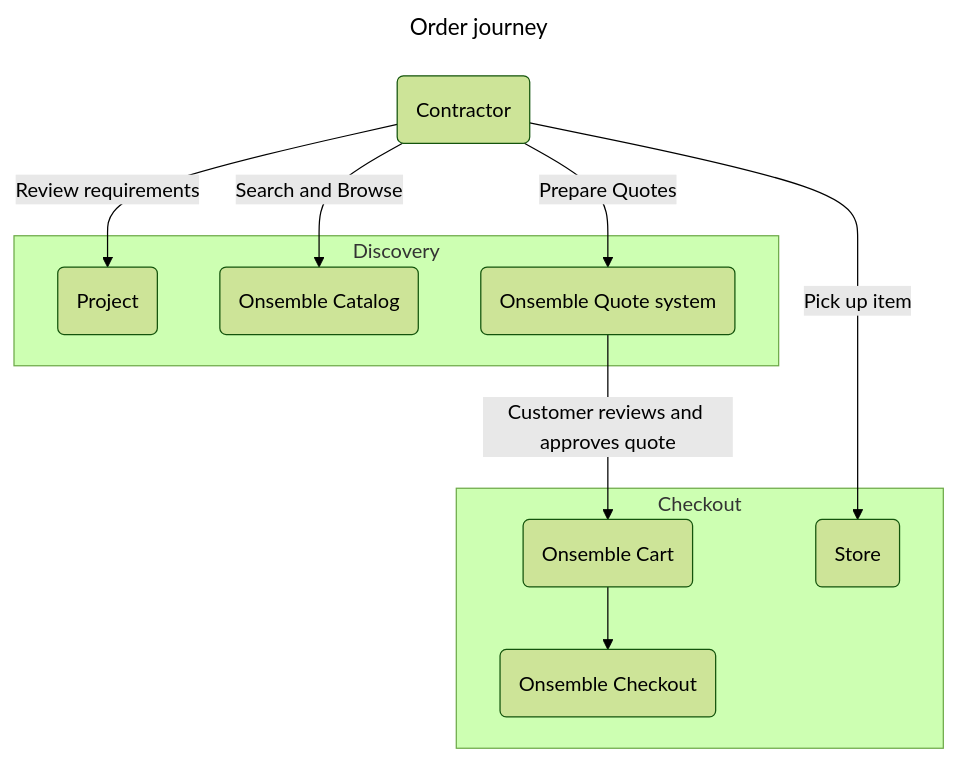
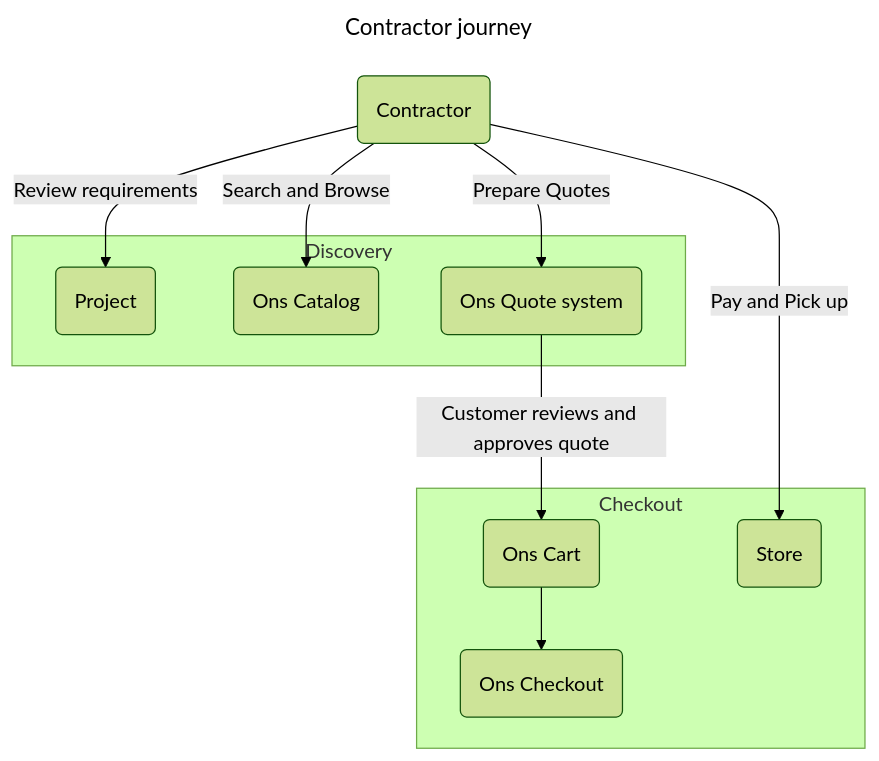
The first of 3 diagrams in README.md (sans-github/experiments), drawn with Mermaid (forest theme) before and after one commit. The commit also changed other lines of this file, not shown here.

````diff
--- a/README.md
+++ b/README.md
@@ -61,23 +2,23 @@
 ```mermaid
 ---
-title: Order journey
+title: Contractor journey
 ---
-    flowchart TB
-      Contractor(Contractor)
-      subgraph Discovery
-        Project(Project)
-        OnsembleCatalog(Onsemble Catalog)
-        OnsembleQuoteSystem(Onsemble Quote system)
-      end
-      subgraph Checkout
-        OnsembleCart(Onsemble Cart)
-        CheckoutNode(Onsemble Checkout)
-        Store(Store)
-      end
-      Contractor -->|Review requirements| Project
-      Contractor -->|Search and Browse| OnsembleCatalog
-      Contractor -->|Prepare Quotes| OnsembleQuoteSystem
-      OnsembleQuoteSystem -->|Customer reviews and approves quote| OnsembleCart
-      OnsembleCart --> CheckoutNode
-      Contractor -->|Pick up item| Store
+      flowchart TB
+        Contractor(Contractor)
+        subgraph Discovery
+          Project(Project)
+          OnsCatalog(Ons Catalog)
+          OnsQuoteSystem(Ons Quote system)
+        end
+        subgraph Checkout
+          OnsCart(Ons Cart)
+          CheckoutNode(Ons Checkout)
+          Store(Store)
+        end
+        Contractor -->|Review requirements| Project
+        Contractor -->|Search and Browse| OnsCatalog
+        Contractor -->|Prepare Quotes| OnsQuoteSystem
+        OnsQuoteSystem -->|Customer reviews and approves quote| OnsCart
+        OnsCart --> CheckoutNode
+        Contractor -->|Pay and Pick up| Store
 ```
````
